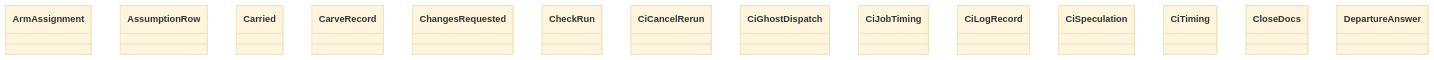
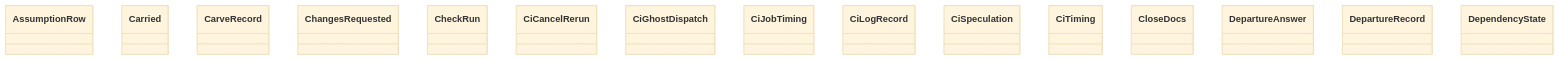
The diagram in docs/architecture/generated/classes-process-domain-state-4.md (GonzaloZevallos/agentic-system), drawn with Mermaid (base theme) before and after one commit. The commit also changed other lines of this file and 20 other files, not shown here.

Commit message:
Regenerate the architecture docs after merging master

````diff
--- a/docs/architecture/generated/classes-process-domain-state-4.md
+++ b/docs/architecture/generated/classes-process-domain-state-4.md
@@ -30,17 +30,18 @@
 ```mermaid
 classDiagram
-    class task__ArmAssignment["ArmAssignment"]
     class task__AssumptionRow["AssumptionRow"]
     class task__Carried["Carried"]
     class task__CarveRecord["CarveRecord"]
     class task__ChangesRequested["ChangesRequested"]
     class task__CheckRun["CheckRun"]
     class task__CiCancelRerun["CiCancelRerun"]
     class task__CiGhostDispatch["CiGhostDispatch"]
     class task__CiJobTiming["CiJobTiming"]
     class task__CiLogRecord["CiLogRecord"]
     class task__CiSpeculation["CiSpeculation"]
     class task__CiTiming["CiTiming"]
     class task__CloseDocs["CloseDocs"]
     class task__DepartureAnswer["DepartureAnswer"]
+    class task__DepartureRecord["DepartureRecord"]
+    class task__DependencyState["DependencyState"]
 ```
````
